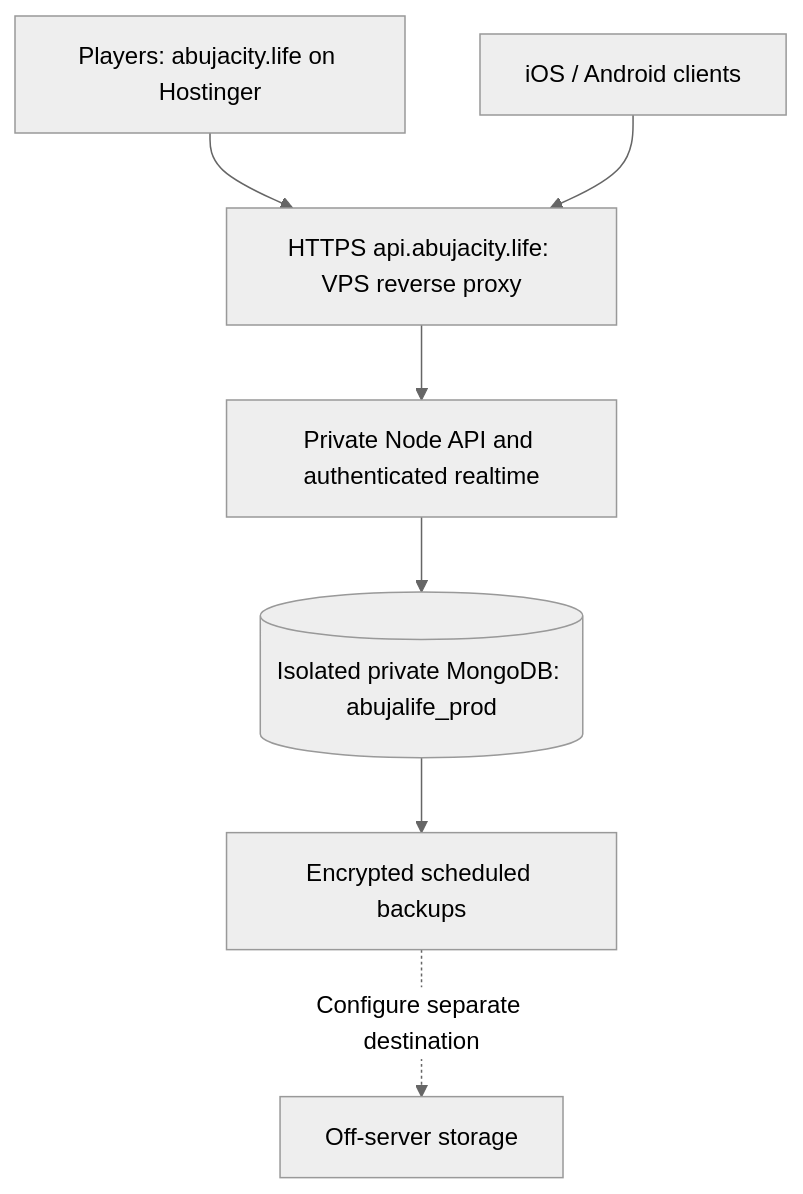
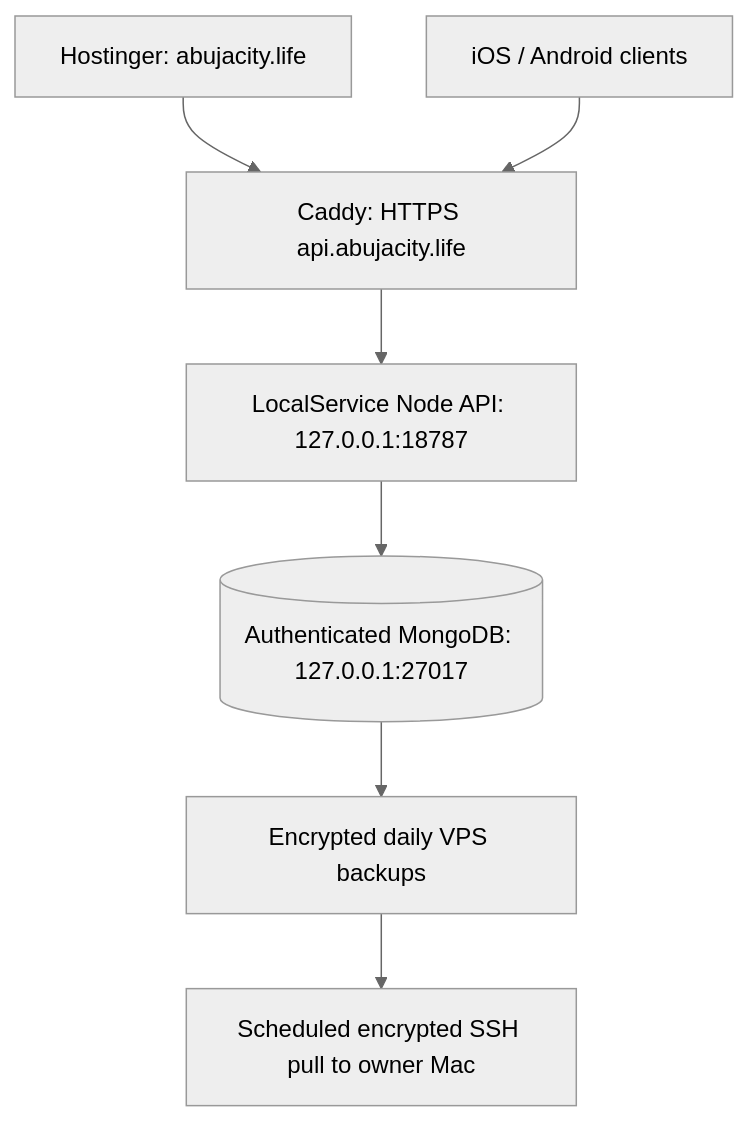
One commit to Lamarrsdrip/AbujaLife- changed the diagram in docs/PRODUCTION_DEPLOYMENT.md. Above: the diagram before and after it, drawn with Mermaid (neutral theme). The commit also changed other lines of this file and 46 other files, not shown here.

````diff
--- a/docs/PRODUCTION_DEPLOYMENT.md
+++ b/docs/PRODUCTION_DEPLOYMENT.md
@@ -19,9 +5,9 @@
 ```mermaid
 flowchart TD
-  Web[Players: abujacity.life on Hostinger] --> Edge[HTTPS api.abujacity.life: VPS reverse proxy]
-  Apps[iOS / Android clients] --> Edge
-  Edge --> API[Private Node API and authenticated realtime]
-  API --> DB[(Isolated private MongoDB: abujalife_prod)]
-  DB --> Backup[Encrypted scheduled backups]
-  Backup -. Configure separate destination .-> Offsite[Off-server storage]
+  Web[Hostinger: abujacity.life] --> Proxy[Caddy: HTTPS api.abujacity.life]
+  Mobile[iOS / Android clients] --> Proxy
+  Proxy --> API[LocalService Node API: 127.0.0.1:18787]
+  API --> Mongo[(Authenticated MongoDB: 127.0.0.1:27017)]
+  Mongo --> Backups[Encrypted daily VPS backups]
+  Backups --> Mac[Scheduled encrypted SSH pull to owner Mac]
 ```
````
